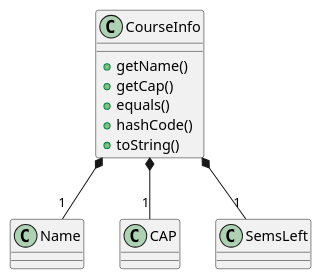
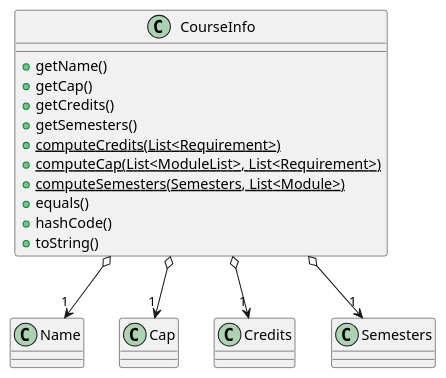
Before and after one commit to yjskrs/main: the diagram in docs/diagrams/CourseInfoClassDiagram.puml, drawn with PlantUML. The commit also changed 5 other files, not shown here.

```diff
--- a/docs/diagrams/CourseInfoClassDiagram.puml
+++ b/docs/diagrams/CourseInfoClassDiagram.puml
@@ -1,15 +1,21 @@
 @startuml
 class CourseInfo {
     +getName()
     +getCap()
+    +getCredits()
+    +getSemesters()
+    +{static} computeCredits(List<Requirement>)
+    +{static} computeCap(List<ModuleList>, List<Requirement>)
+    +{static} computeSemesters(Semesters, List<Module>)
     +equals()
     +hashCode()
     +toString()
 }
 class Name {}
 
-CourseInfo *-- "1" Name
-CourseInfo *-- "1" CAP
-CourseInfo *-- "1" SemsLeft
+CourseInfo o--> "1" Name
+CourseInfo o--> "1" Cap
+CourseInfo o--> "1" Credits
+CourseInfo o--> "1" Semesters
 
 @enduml
```
